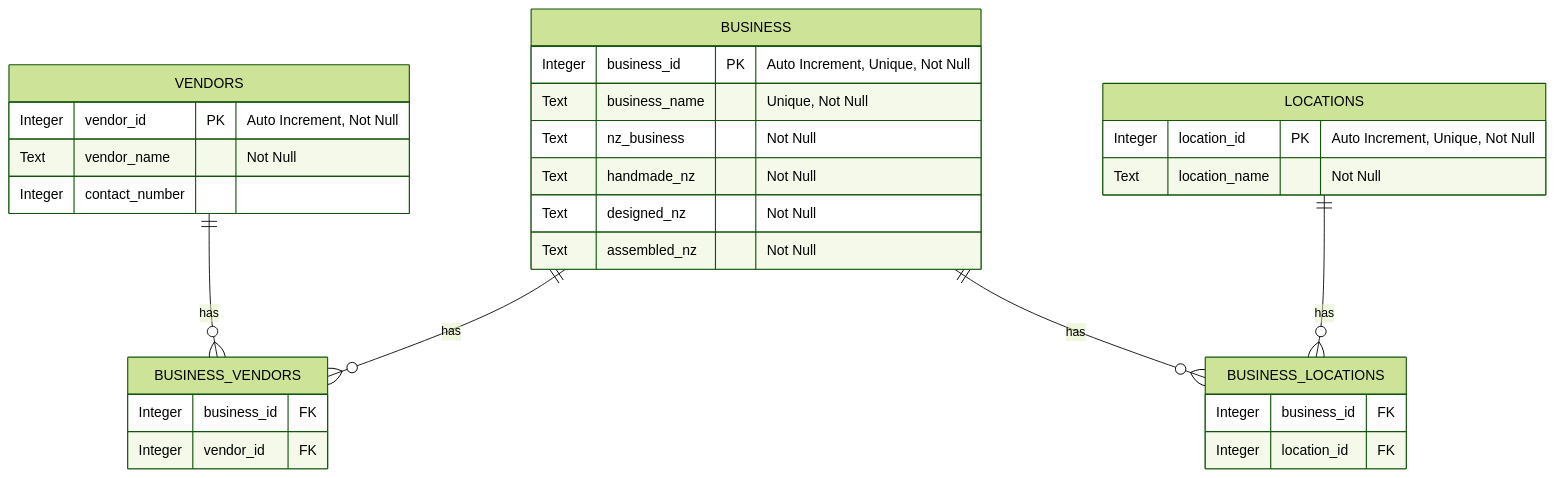
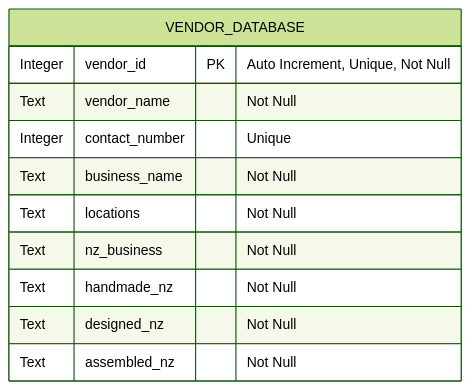
One commit to thomasem1369/12CSP_Flask changed the diagram in architecture/database.mmd. Above: the diagram before and after it, drawn with Mermaid (forest theme). The commit also changed other lines of this file and 12 other files, not shown here.

```diff
--- a/architecture/database.mmd
+++ b/architecture/database.mmd
@@ -1,37 +1,13 @@
 erDiagram
 
-    VENDORS ||--o{BUSINESS_VENDORS : "has"
-    BUSINESS ||--o{BUSINESS_VENDORS : "has"
-    BUSINESS ||--o{ BUSINESS_LOCATIONS: "has"
-    LOCATIONS ||--o{ BUSINESS_LOCATIONS: "has"
-
-
-    BUSINESS{
-        Integer business_id PK "Auto Increment, Unique, Not Null"
-        Text business_name "Unique, Not Null"
+    VENDOR_DATABASE {
+        Integer vendor_id PK "Auto Increment, Unique, Not Null"
+        Text vendor_name "Not Null"
+        Integer contact_number "Unique"
+        Text business_name "Not Null"
+        Text locations "Not Null"
         Text nz_business "Not Null"
         Text handmade_nz "Not Null"
         Text designed_nz "Not Null"
         Text assembled_nz "Not Null"
     }
-
-    BUSINESS_VENDORS{
-        Integer business_id FK
-        Integer vendor_id FK
-    }
-
-    BUSINESS_LOCATIONS {
-        Integer business_id FK 
-        Integer location_id FK 
-    }
-
-    LOCATIONS{
-        Integer location_id PK "Auto Increment, Unique, Not Null"
-        Text location_name "Not Null"
-    }
-
-    VENDORS{
-        Integer vendor_id PK "Auto Increment, Not Null"
-        Text vendor_name "Not Null"
-        Integer contact_number 
-    }
```
